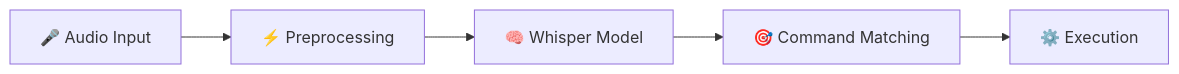
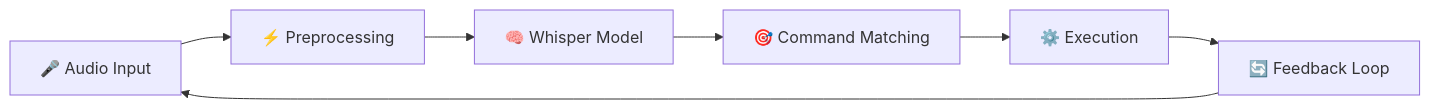
Before and after one commit to daanishmittal24/VoxBeam: the diagram in README.md, drawn with Mermaid. The commit also changed other lines of this file and 8 other files, not shown here.

````diff
--- a/README.md
+++ b/README.md
@@ -40,8 +51,9 @@
 ```mermaid
 graph LR
     A[🎤 Audio Input] --> B[⚡ Preprocessing]
     B --> C[🧠 Whisper Model]
     C --> D[🎯 Command Matching]
     D --> E[⚙️ Execution]
-
+    E --> F[🔄 Feedback Loop]
+    F --> A
 ```
````
